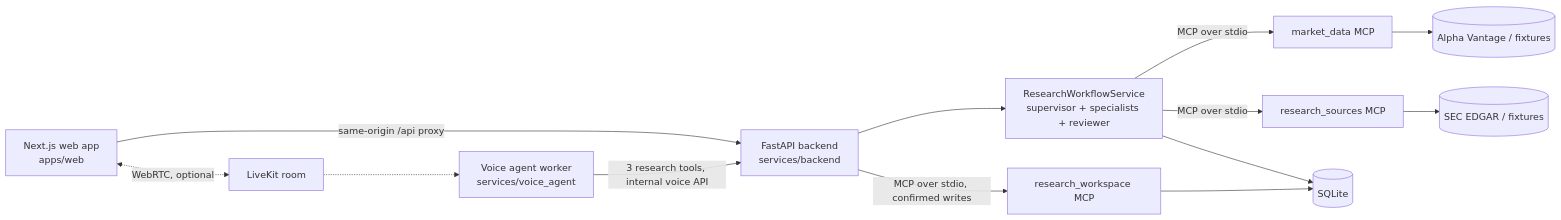
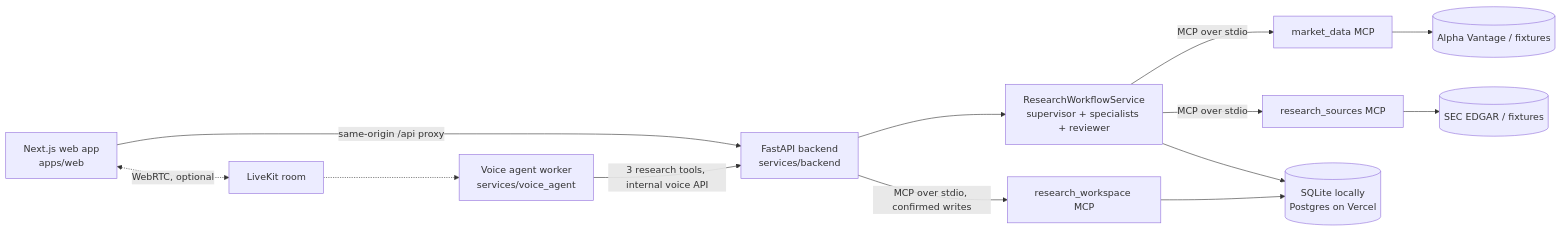
The diagram in README.md (sumansurvi/MarketLens), drawn with Mermaid before and after one commit. The commit also changed other lines of this file and 53 other files, not shown here.

````diff
--- a/README.md
+++ b/README.md
@@ -43,15 +43,15 @@
 ```mermaid
 flowchart LR
   UI[Next.js web app<br/>apps/web] -- same-origin /api proxy --> API[FastAPI backend<br/>services/backend]
   UI <-. WebRTC, optional .-> LK[LiveKit room]
   LK -.-> VA[Voice agent worker<br/>services/voice_agent]
   VA -- 3 research tools, internal voice API --> API
   API --> WF[ResearchWorkflowService<br/>supervisor + specialists + reviewer]
   WF -- MCP over stdio --> MD[market_data MCP]
   WF -- MCP over stdio --> RS[research_sources MCP]
   API -- MCP over stdio, confirmed writes --> WS[research_workspace MCP]
   MD --> AV[(Alpha Vantage / fixtures)]
   RS --> SEC[(SEC EDGAR / fixtures)]
-  WS --> DB[(SQLite)]
+  WS --> DB[(SQLite locally<br/>Postgres on Vercel)]
   WF --> DB
 ```
````
